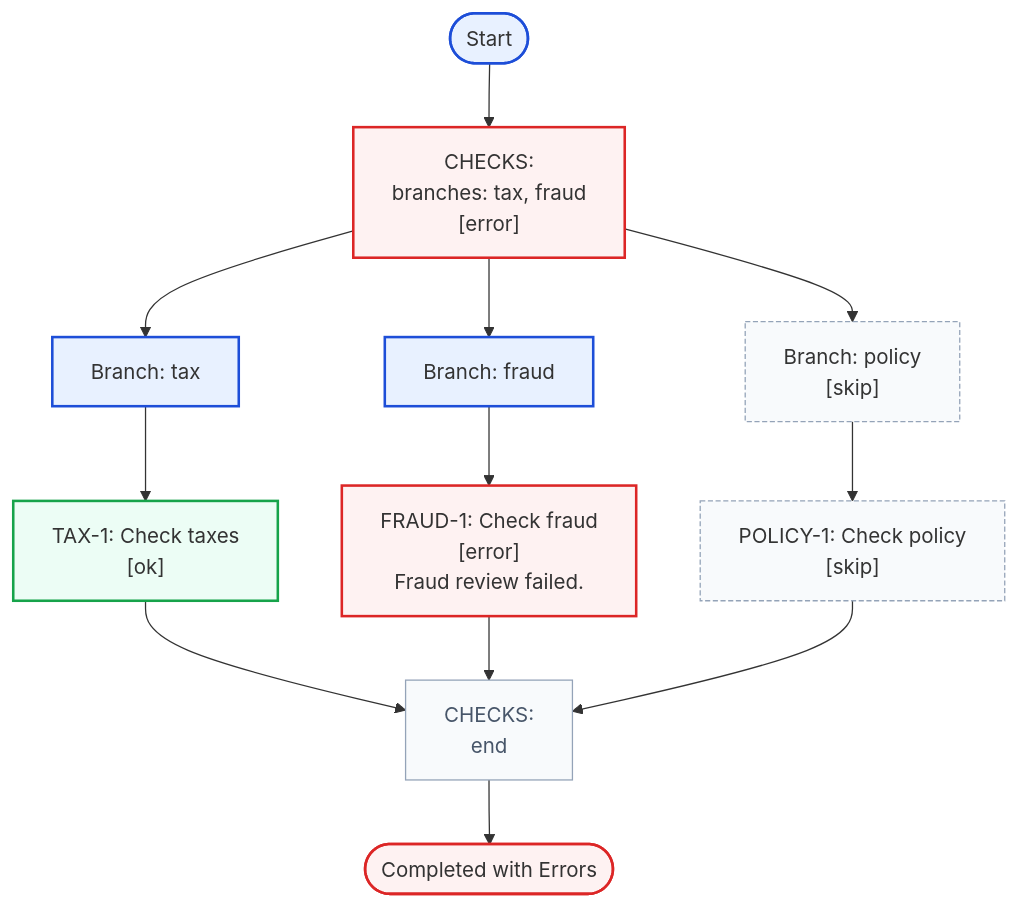
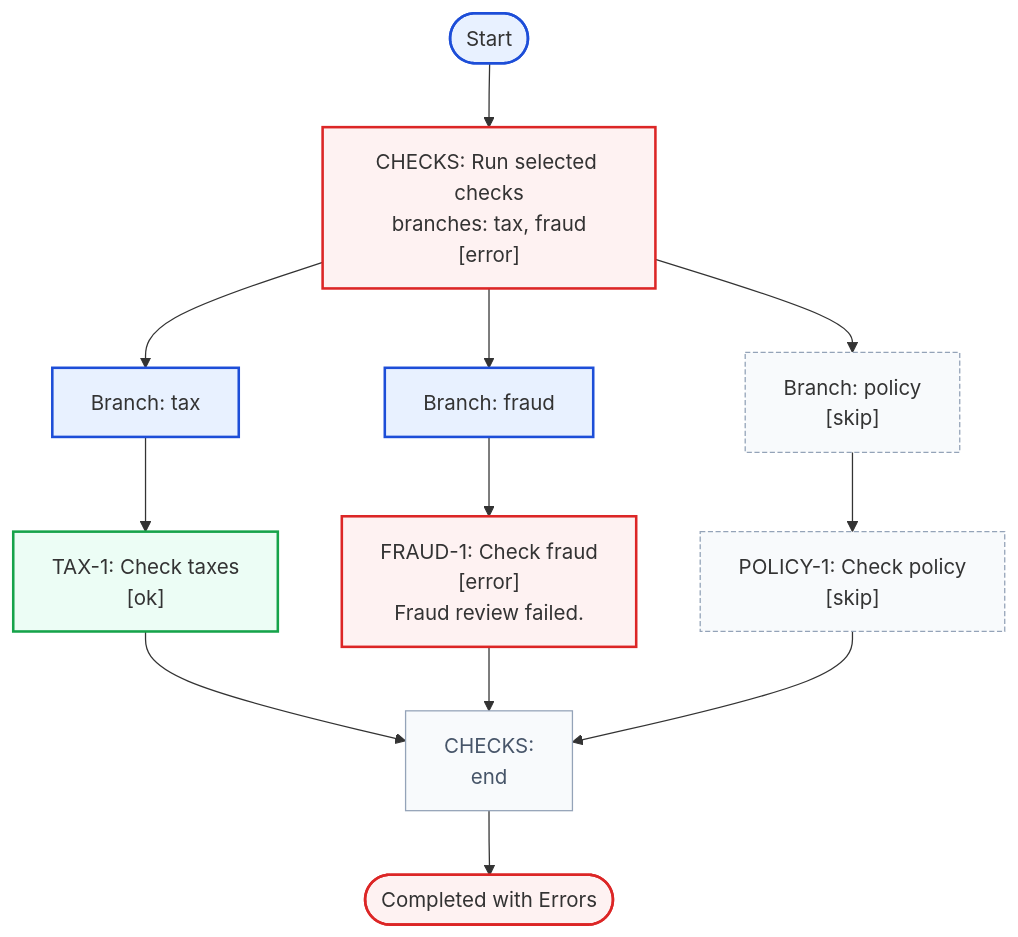
Before and after one commit to mikko-apo/structured-flow: the eighth of 10 diagrams in README.md, drawn with Mermaid. The commit also changed other lines of this file and 9 other files, not shown here.

````diff
--- a/README.md
+++ b/README.md
@@ -974,48 +1307,48 @@
 ```mermaid
 flowchart TD
   start([Start])
-  step_0["CHECKS:
+  step_0["CHECKS: Run selected checks
 branches: tax, fraud
 [error]"]
   branch_0_end["CHECKS:
 end"]
   branch_0_end --> done
   class branch_0_end join
   branch_0_0_start["Branch: tax"]
   step_0 --> branch_0_0_start
   branch_0_0_step_0["TAX-1: Check taxes
 [ok]"]
   branch_0_0_start --> branch_0_0_step_0
   branch_0_0_step_0 --> branch_0_end
   class branch_0_0_step_0 success
   class branch_0_0_start executed
   branch_0_1_start["Branch: fraud"]
   step_0 --> branch_0_1_start
   branch_0_1_step_0["FRAUD-1: Check fraud
 [error]
 Fraud review failed."]
   branch_0_1_start --> branch_0_1_step_0
   branch_0_1_step_0 --> branch_0_end
   class branch_0_1_step_0 failure
   class branch_0_1_start executed
   branch_0_2_start["Branch: policy
 [skip]"]
   step_0 --> branch_0_2_start
   branch_0_2_step_0["POLICY-1: Check policy
 [skip]"]
   branch_0_2_start --> branch_0_2_step_0
   branch_0_2_step_0 --> branch_0_end
   class branch_0_2_step_0 neutral
   class branch_0_2_start neutral
   done([Completed with Errors])
   start --> step_0
   classDef executed fill:#e8f1ff,stroke:#1d4ed8,stroke-width:2px
   classDef success fill:#ecfdf5,stroke:#16a34a,stroke-width:2px
   classDef complete fill:#f0fdf4,stroke:#15803d,stroke-width:2px
   classDef failure fill:#fef2f2,stroke:#dc2626,stroke-width:2px
   classDef neutral fill:#f8fafc,stroke:#94a3b8,stroke-dasharray: 4 2
   classDef join fill:#f8fafc,stroke:#94a3b8,stroke-width:1px,color:#475569
   class step_0 failure
   class start executed
   class done failure
 ```
````
